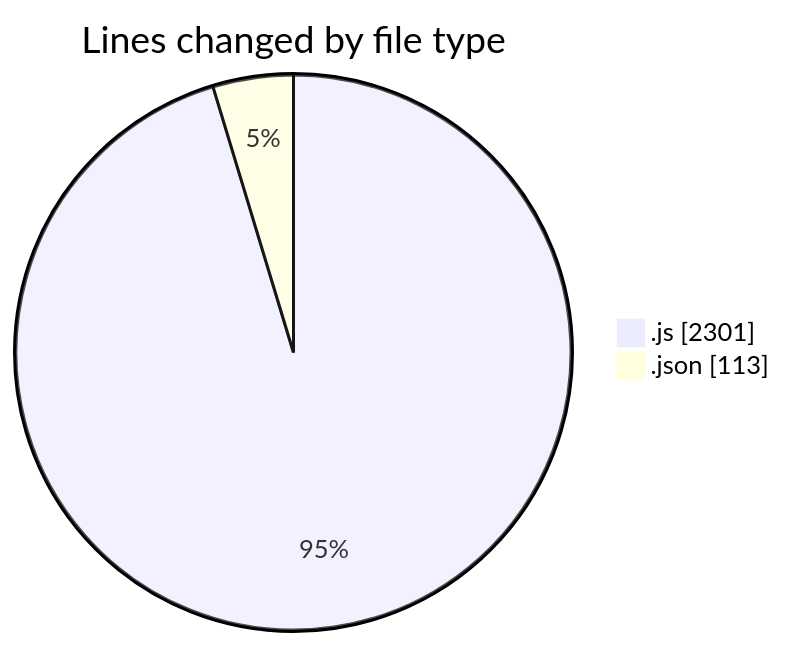
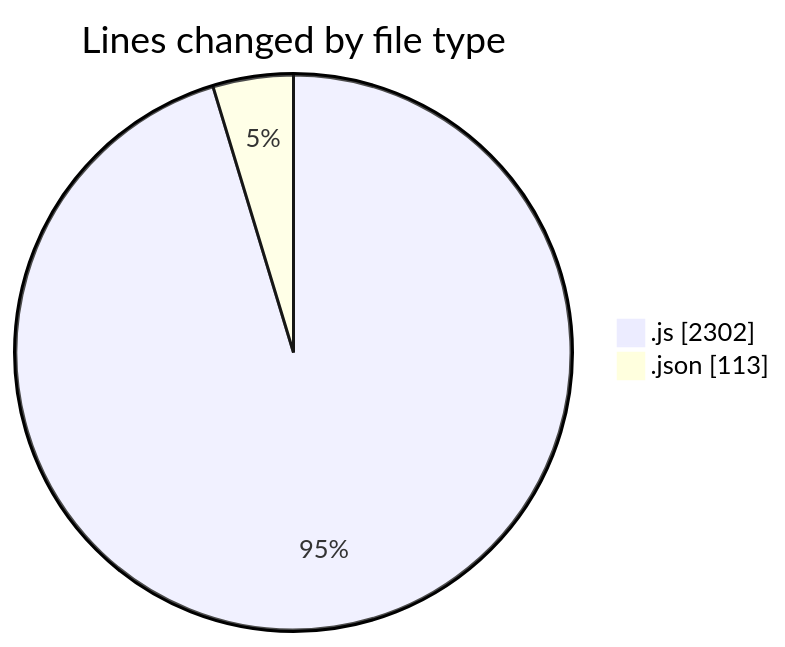
Before and after one commit to BS-eng2023/code-tracking: the first of 2 diagrams in 2025-04-03/jsvms/README.md, drawn with Mermaid. The commit also changed other lines of this file and 1 other file, not shown here.

````diff
--- a/2025-04-03/jsvms/README.md
+++ b/2025-04-03/jsvms/README.md
@@ -34,6 +34,6 @@
 ```mermaid
 pie showData
 title Lines changed by file type
-".js" : 2301
+".js" : 2302
 ".json" : 113
 ```
````
